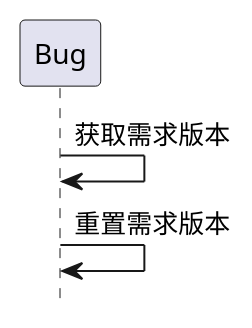
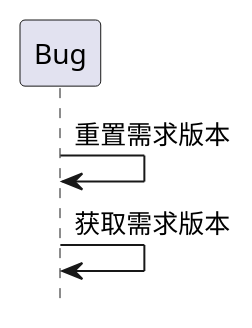
One commit to zj335841911/nt_chandao changed the seventh of 9 diagrams in ibizpms-docs/src/main/doc/v1/module/zentao/Bug_old.md. Above: the diagram before and after it, drawn with PlantUML. The commit also changed other lines of this file and 2125 other files, not shown here.

```diff
--- a/ibizpms-docs/src/main/doc/v1/module/zentao/Bug_old.md
+++ b/ibizpms-docs/src/main/doc/v1/module/zentao/Bug_old.md
@@ -344,6 +344,6 @@
 {% plantuml %}
 hide footbox
 
+Bug -> Bug: 重置需求版本
 Bug -> Bug: 获取需求版本
-Bug -> Bug: 重置需求版本
 {% endplantuml %}
```
